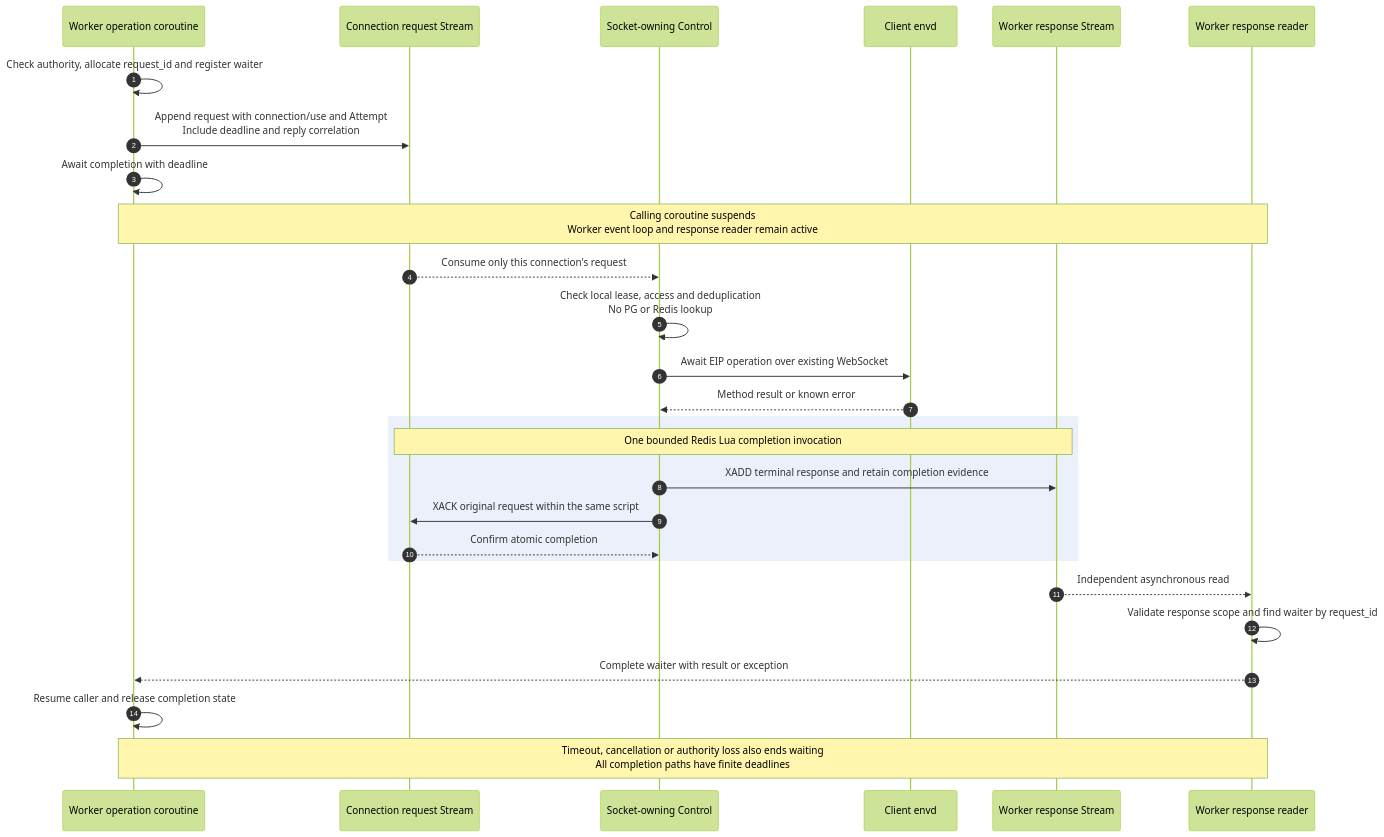
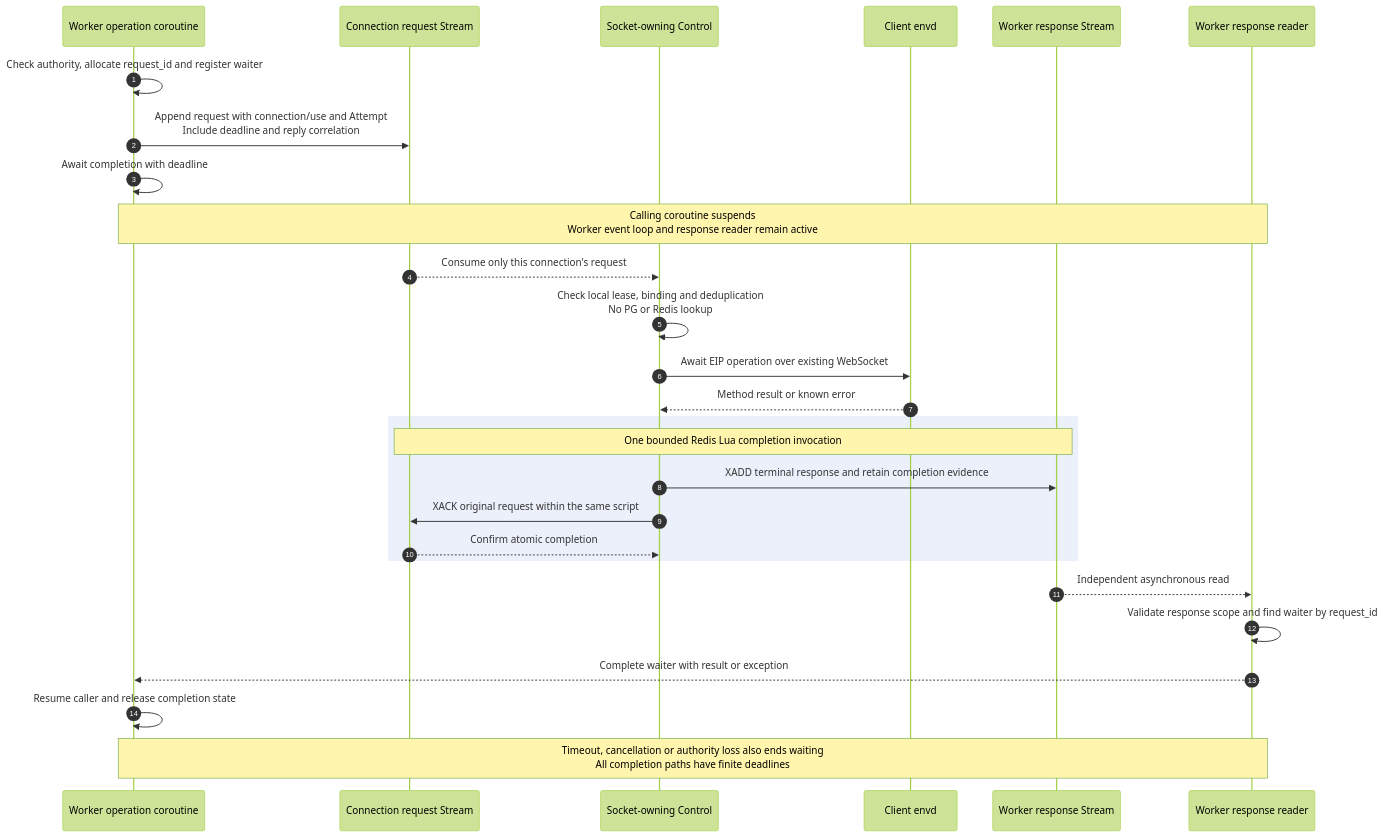
The fifth of 5 diagrams in spec/a13n-service/29a-websocket-environments-and-live-mounts.md (LTThreeComma/agent-foundation), drawn with Mermaid (forest theme) before and after one commit. The commit also changed other lines of this file and 330 other files, not shown here.

````diff
--- a/spec/a13n-service/29a-websocket-environments-and-live-mounts.md
+++ b/spec/a13n-service/29a-websocket-environments-and-live-mounts.md
@@ -377,30 +379,30 @@
 ```mermaid
 sequenceDiagram
     autonumber
     participant Call as Worker operation coroutine
     participant Requests as Connection request Stream
     participant Control as Socket-owning Control
     participant Envd as Client envd
     participant Responses as Worker response Stream
     participant Reader as Worker response reader
 
     Call->>Call: Check authority, allocate request_id and register waiter
     Call->>Requests: Append request with connection/use and Attempt<br/>Include deadline and reply correlation
     Call->>Call: Await completion with deadline
     Note over Call,Reader: Calling coroutine suspends<br/>Worker event loop and response reader remain active
     Requests-->>Control: Consume only this connection's request
-    Control->>Control: Check local lease, access and deduplication<br/>No PG or Redis lookup
+    Control->>Control: Check local lease, binding and deduplication<br/>No PG or Redis lookup
     Control->>Envd: Await EIP operation over existing WebSocket
     Envd-->>Control: Method result or known error
     rect rgb(235, 240, 250)
         Note over Requests,Responses: One bounded Redis Lua completion invocation
         Control->>Responses: XADD terminal response and retain completion evidence
         Control->>Requests: XACK original request within the same script
         Requests-->>Control: Confirm atomic completion
     end
     Responses-->>Reader: Independent asynchronous read
     Reader->>Reader: Validate response scope and find waiter by request_id
     Reader-->>Call: Complete waiter with result or exception
     Call->>Call: Resume caller and release completion state
     Note over Call,Reader: Timeout, cancellation or authority loss also ends waiting<br/>All completion paths have finite deadlines
 ```
````
